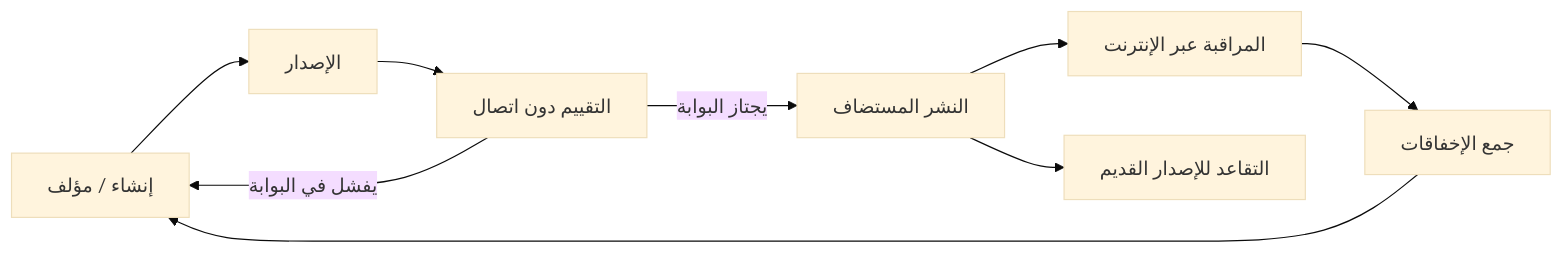
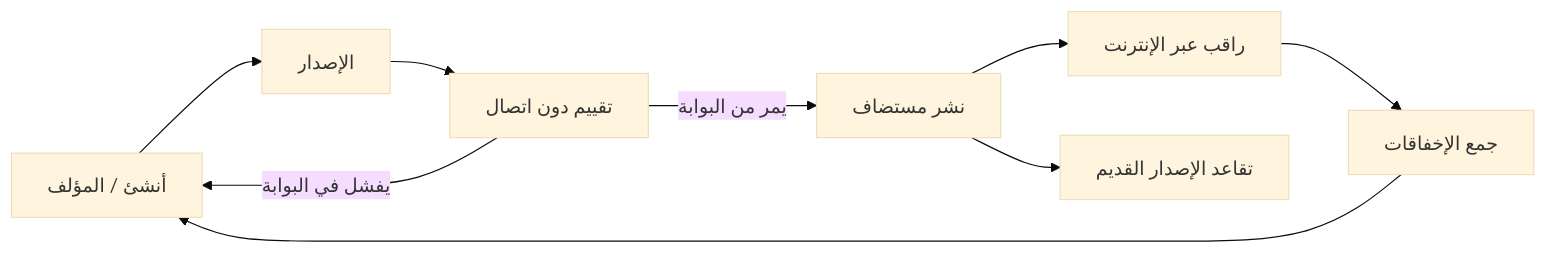
Before and after one commit to gabrielmoreira/agent-skills-mirror: the second of 4 diagrams in mirrors/repos/microsoft@ai-agents-for-beginners/translations/ar/16-deploying-scalable-agents/README.md, drawn with Mermaid (base theme). The commit also changed other lines of this file and 4262 other files, not shown here.

````diff
--- a/mirrors/repos/microsoft@ai-agents-for-beginners/translations/ar/16-deploying-scalable-agents/README.md
+++ b/mirrors/repos/microsoft@ai-agents-for-beginners/translations/ar/16-deploying-scalable-agents/README.md
@@ -108,11 +108,11 @@
 ```mermaid
 flowchart LR
-    Create[إنشاء / مؤلف] --> Version[الإصدار]
-    Version --> Evaluate[التقييم دون اتصال]
-    Evaluate -->|يجتاز البوابة| Deploy[النشر المستضاف]
+    Create[أنشئ / المؤلف] --> Version[الإصدار]
+    Version --> Evaluate[تقييم دون اتصال]
+    Evaluate -->|يمر من البوابة| Deploy[نشر مستضاف]
     Evaluate -->|يفشل في البوابة| Create
-    Deploy --> Observe[المراقبة عبر الإنترنت]
+    Deploy --> Observe[راقب عبر الإنترنت]
     Observe --> Improve[جمع الإخفاقات]
     Improve --> Create
-    Deploy --> Retire[التقاعد للإصدار القديم]
+    Deploy --> Retire[تقاعد الإصدار القديم]
 ```
````
